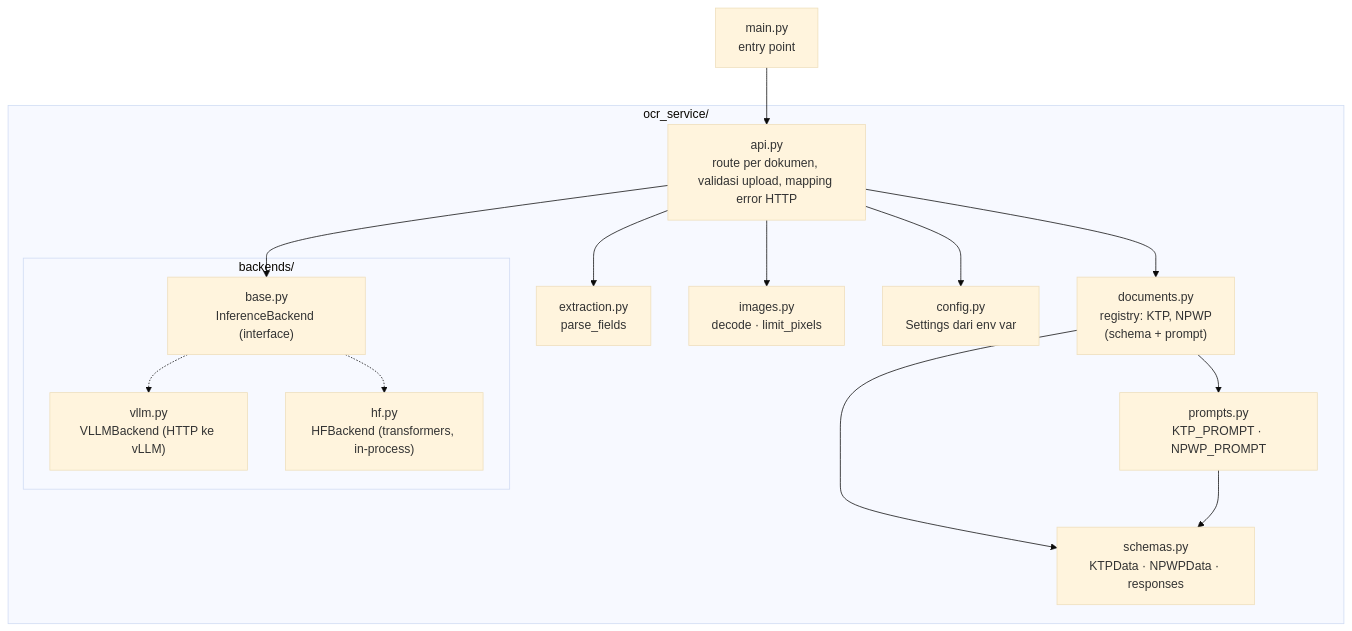
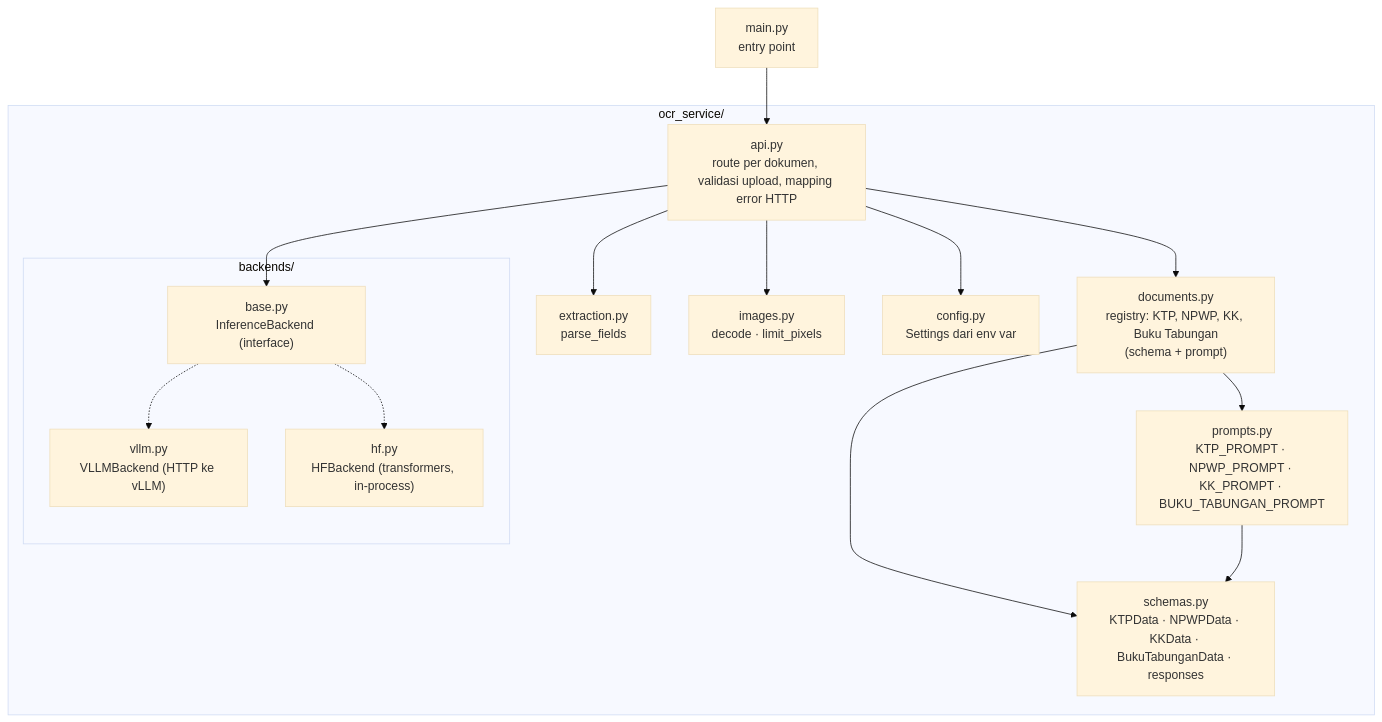
Before and after one commit to sivi-shahab/OCR-KTP-NPWP: the third of 3 diagrams in README.md, drawn with Mermaid (base theme). The commit also changed other lines of this file and 9 other files, not shown here.

Commit message:
Add buku-tabungan to every docs page and the README

````diff
--- a/README.md
+++ b/README.md
@@ -118,31 +118,31 @@
 ```mermaid
 flowchart TD
     main["main.py<br/>entry point"] --> api
 
     subgraph pkg["ocr_service/"]
         api["api.py<br/>route per dokumen, validasi upload, mapping error HTTP"]
-        docs["documents.py<br/>registry: KTP, NPWP<br/>(schema + prompt)"]
-        prompts["prompts.py<br/>KTP_PROMPT · NPWP_PROMPT"]
+        docs["documents.py<br/>registry: KTP, NPWP, KK, Buku Tabungan<br/>(schema + prompt)"]
+        prompts["prompts.py<br/>KTP_PROMPT · NPWP_PROMPT · KK_PROMPT · BUKU_TABUNGAN_PROMPT"]
         extraction["extraction.py<br/>parse_fields"]
         images["images.py<br/>decode · limit_pixels"]
-        schemas["schemas.py<br/>KTPData · NPWPData · responses"]
+        schemas["schemas.py<br/>KTPData · NPWPData · KKData · BukuTabunganData · responses"]
         config["config.py<br/>Settings dari env var"]
 
         subgraph backends["backends/"]
             base["base.py<br/>InferenceBackend (interface)"]
             vllmb["vllm.py<br/>VLLMBackend (HTTP ke vLLM)"]
             hfb["hf.py<br/>HFBackend (transformers, in-process)"]
         end
     end
 
     api --> docs
     api --> extraction
     api --> images
     api --> config
     api --> base
     docs --> schemas
     docs --> prompts
     prompts --> schemas
     base -.-> vllmb
     base -.-> hfb
 ```
````
